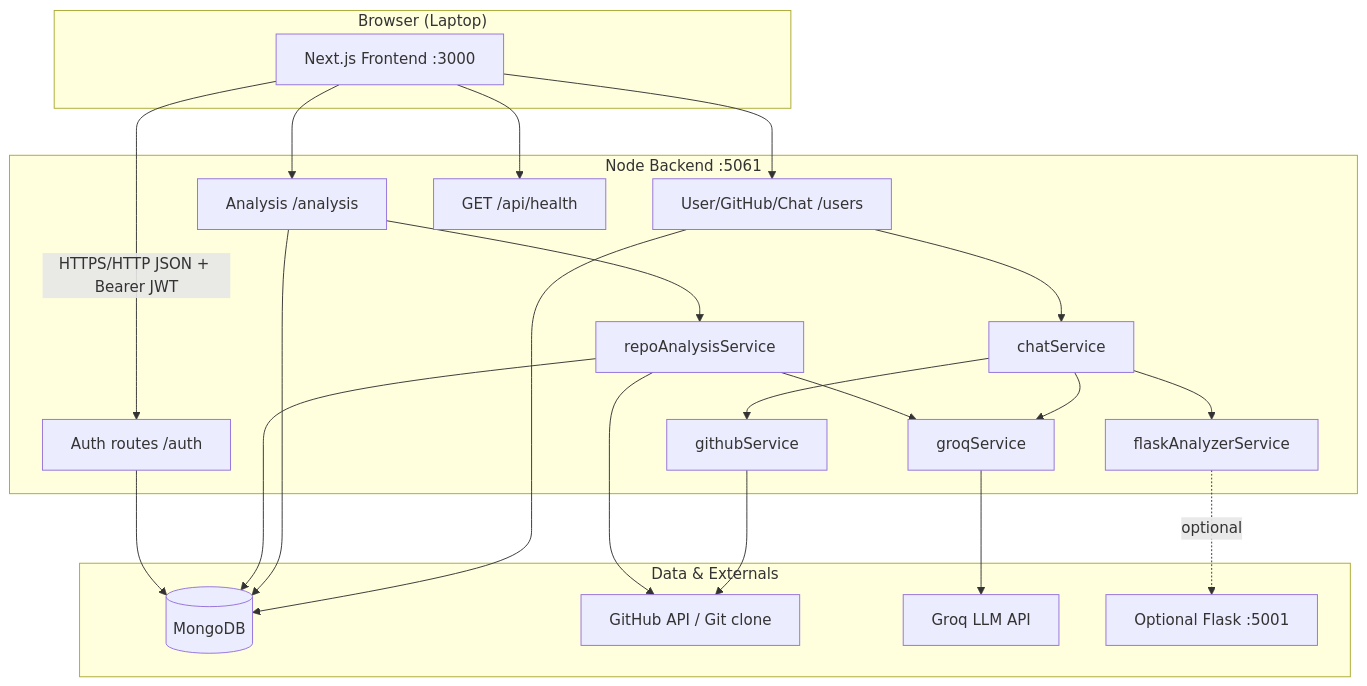
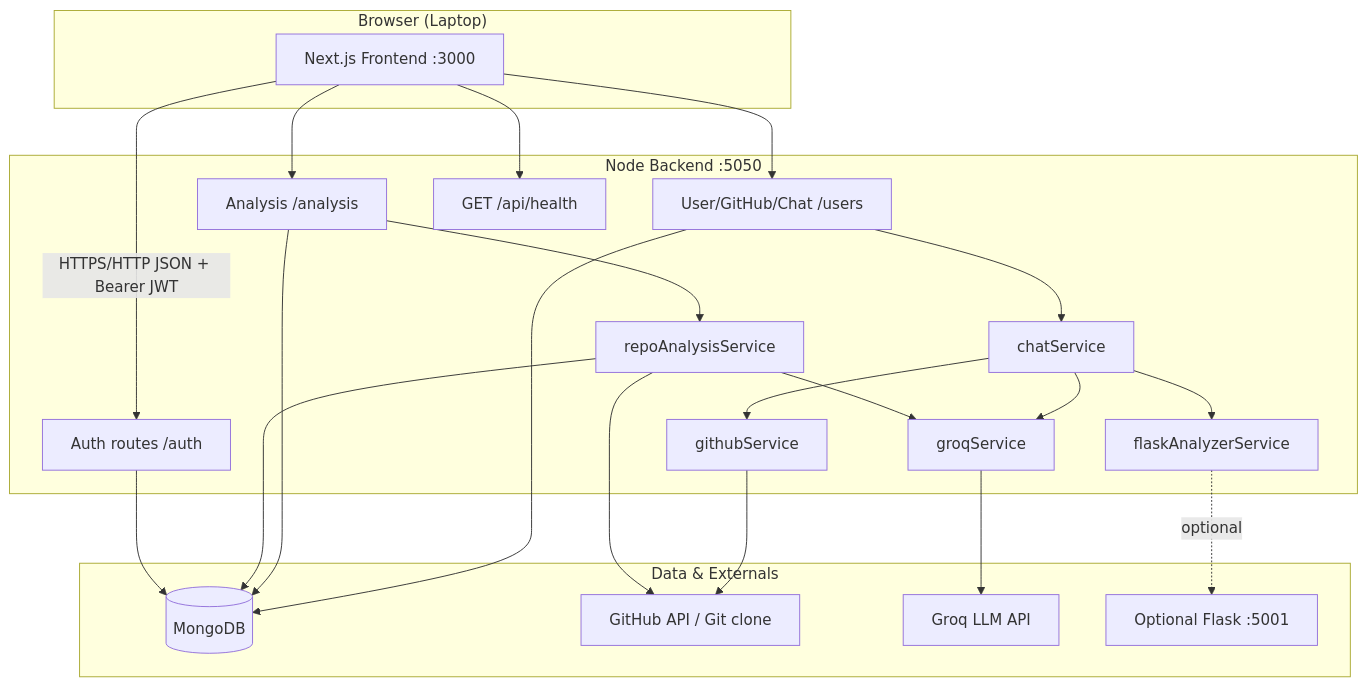
Before and after one commit to skyline-tv/reporadar: the first of 4 diagrams in README.md, drawn with Mermaid. The commit also changed other lines of this file and 6 other files, not shown here.

````diff
--- a/README.md
+++ b/README.md
@@ -252,44 +252,44 @@
 ```mermaid
 flowchart TB
   subgraph Client["Browser (Laptop)"]
     UI["Next.js Frontend :3000"]
   end
 
-  subgraph API["Node Backend :5061"]
+  subgraph API["Node Backend :5050"]
     Auth["Auth routes /auth"]
     Users["User/GitHub/Chat /users"]
     Analysis["Analysis /analysis"]
     Health["GET /api/health"]
     RAS["repoAnalysisService"]
     CS["chatService"]
     GS["githubService"]
     GR["groqService"]
     FA["flaskAnalyzerService"]
   end
 
   subgraph Data["Data & Externals"]
     Mongo[(MongoDB)]
     GH[GitHub API / Git clone]
     Groq[Groq LLM API]
     Flask["Optional Flask :5001"]
   end
 
   UI -->|HTTPS/HTTP JSON + Bearer JWT| Auth
   UI --> Users
   UI --> Analysis
   UI --> Health
   Auth --> Mongo
   Analysis --> RAS
   RAS --> GH
   RAS --> GR
   RAS --> Mongo
   Users --> CS
   CS --> GS
   CS --> GR
   CS --> FA
   FA -.->|optional| Flask
   GS --> GH
   GR --> Groq
   Analysis --> Mongo
   Users --> Mongo
 ```
````
